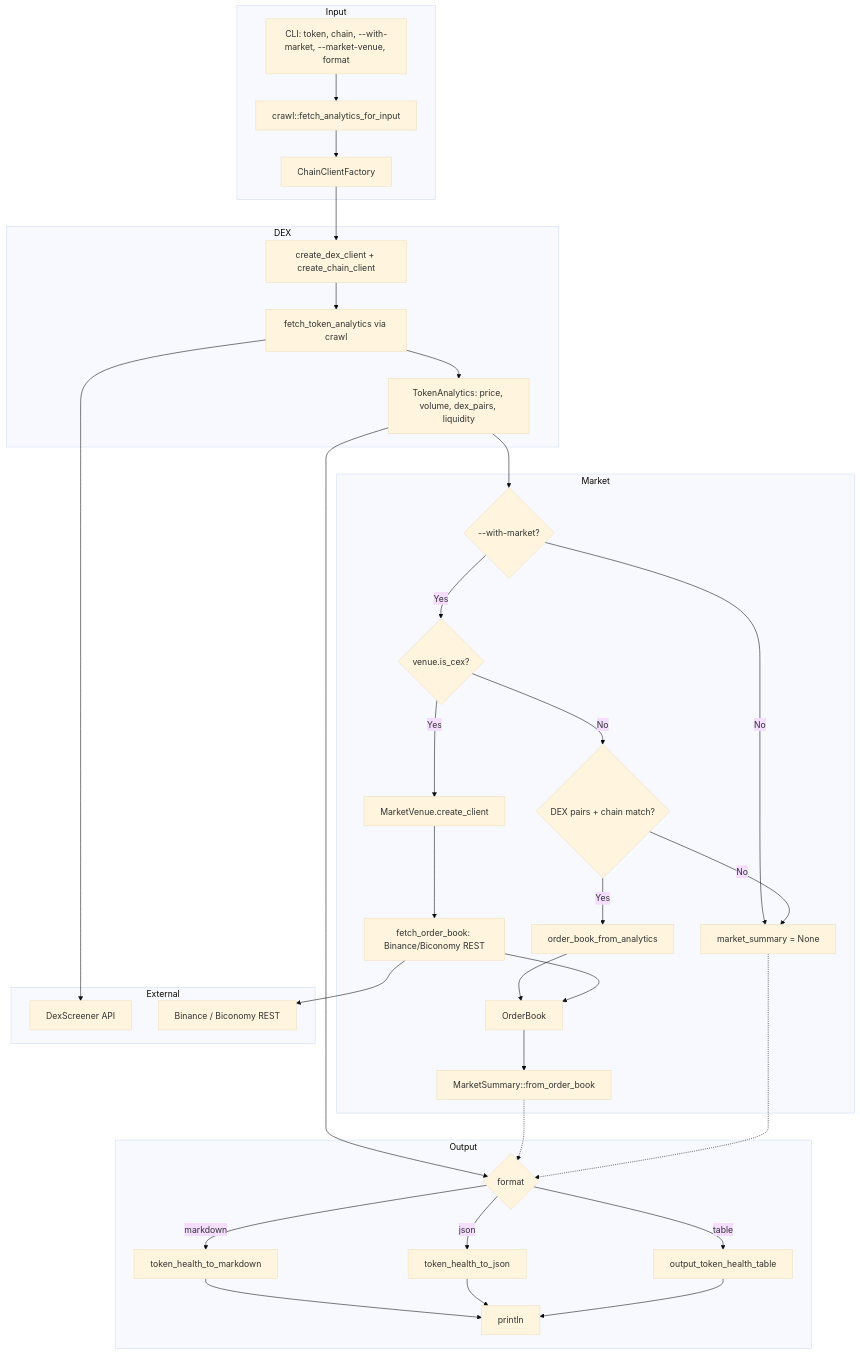
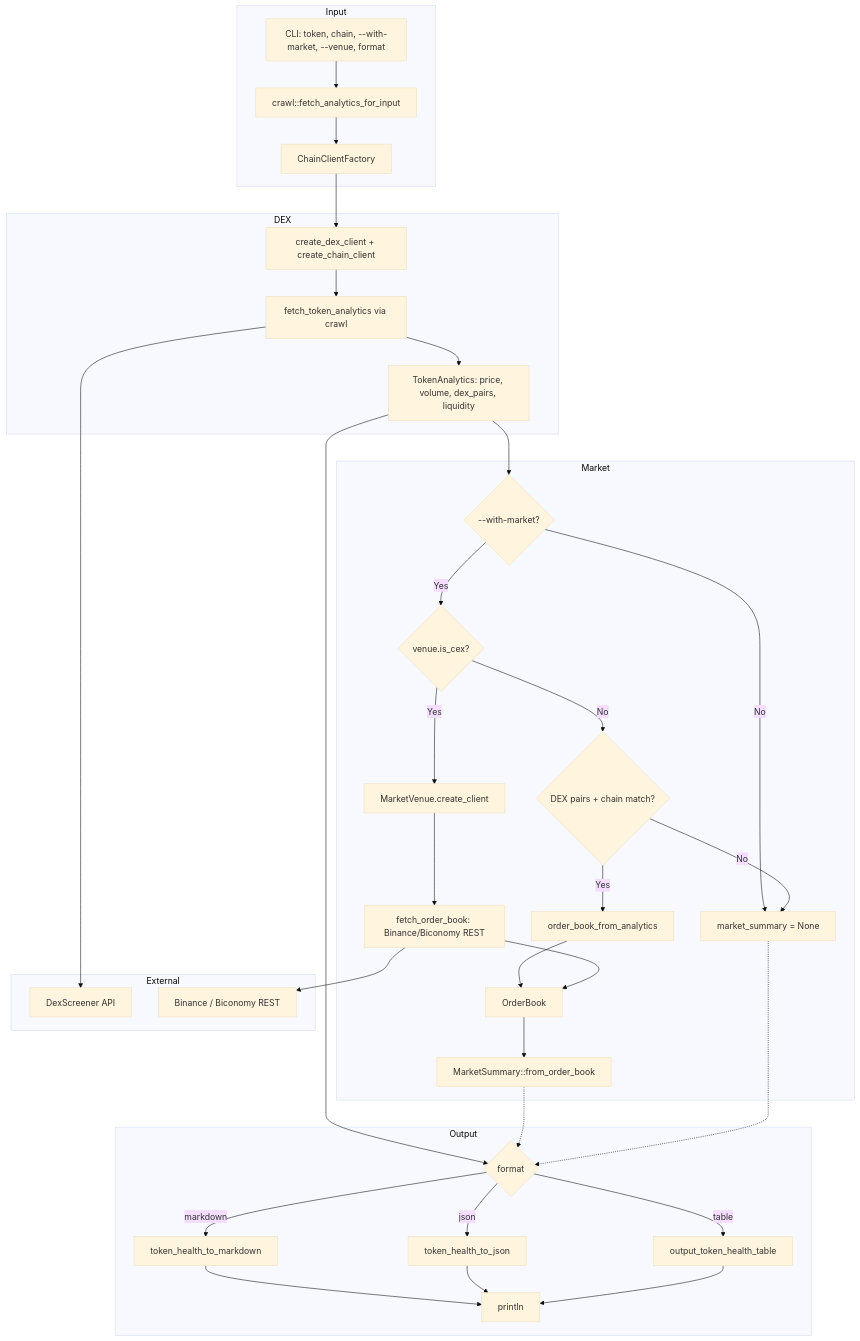
Before and after one commit to robot-accomplice/scope-blockchain-analysis: the diagram in docs/architecture/dataflow-token-health.md, drawn with Mermaid (base theme). The commit also changed 34 other files, not shown here.

````diff
--- a/docs/architecture/dataflow-token-health.md
+++ b/docs/architecture/dataflow-token-health.md
@@ -7,45 +7,45 @@
 ```mermaid
 flowchart TB
     subgraph Input
-        A[CLI: token, chain, --with-market, --market-venue, format]
+        A[CLI: token, chain, --with-market, --venue, format]
         A --> B[crawl::fetch_analytics_for_input]
         B --> C[ChainClientFactory]
     end
 
     subgraph DEX
         C --> D[create_dex_client + create_chain_client]
         D --> E[fetch_token_analytics via crawl]
         E --> F[TokenAnalytics: price, volume, dex_pairs, liquidity]
     end
 
     subgraph Market
         F --> G{--with-market?}
         G -->|No| H[market_summary = None]
         G -->|Yes| I{venue.is_cex?}
         I -->|Yes| J[MarketVenue.create_client]
         J --> K[fetch_order_book: Binance/Biconomy REST]
         I -->|No| L{DEX pairs + chain match?}
         L -->|Yes| M[order_book_from_analytics]
         M --> N[OrderBook]
         K --> N
         L -->|No| H
         N --> O[MarketSummary::from_order_book]
     end
 
     subgraph Output
         F --> P{format}
         O -.-> P
         H -.-> P
         P -->|markdown| Q[token_health_to_markdown]
         P -->|json| R[token_health_to_json]
         P -->|table| S[output_token_health_table]
         Q --> T[println]
         R --> T
         S --> T
     end
 
     subgraph External
         E --> U[DexScreener API]
         K --> V[Binance / Biconomy REST]
     end
 ```
````
